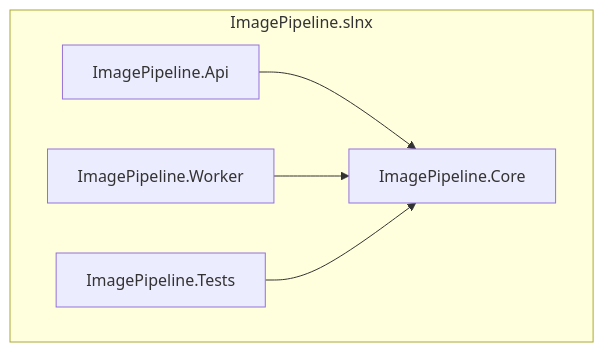
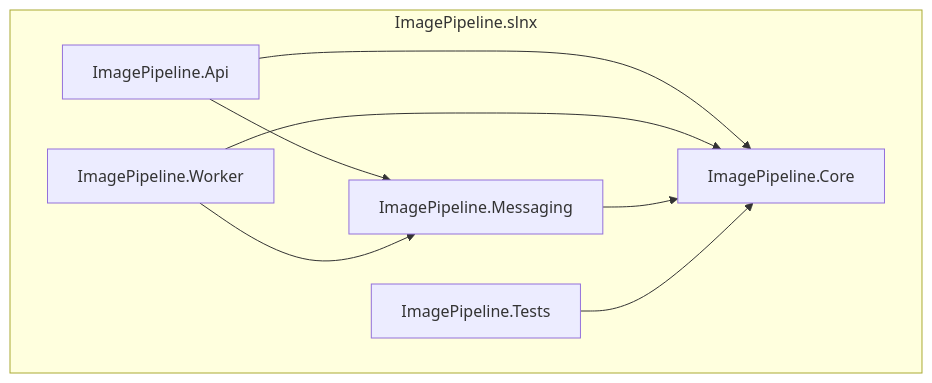
One commit to Padintong/image-processing-pipeline changed the second of 2 diagrams in README.md. Above: the diagram before and after it, drawn with Mermaid. The commit also changed other lines of this file and 6 other files, not shown here.

Commit message:
docs: add ImagePipeline.Messaging to solution structure (ADR-019)

````diff
--- a/README.md
+++ b/README.md
@@ -38,12 +38,16 @@
 ```mermaid
 flowchart TD
     subgraph sln[ImagePipeline.slnx]
         Api[ImagePipeline.Api]
         Worker[ImagePipeline.Worker]
+        Messaging[ImagePipeline.Messaging]
         Core[ImagePipeline.Core]
         Tests[ImagePipeline.Tests]
     end
     Api --> Core
+    Api --> Messaging
     Worker --> Core
+    Worker --> Messaging
+    Messaging --> Core
     Tests --> Core
 ```
````
